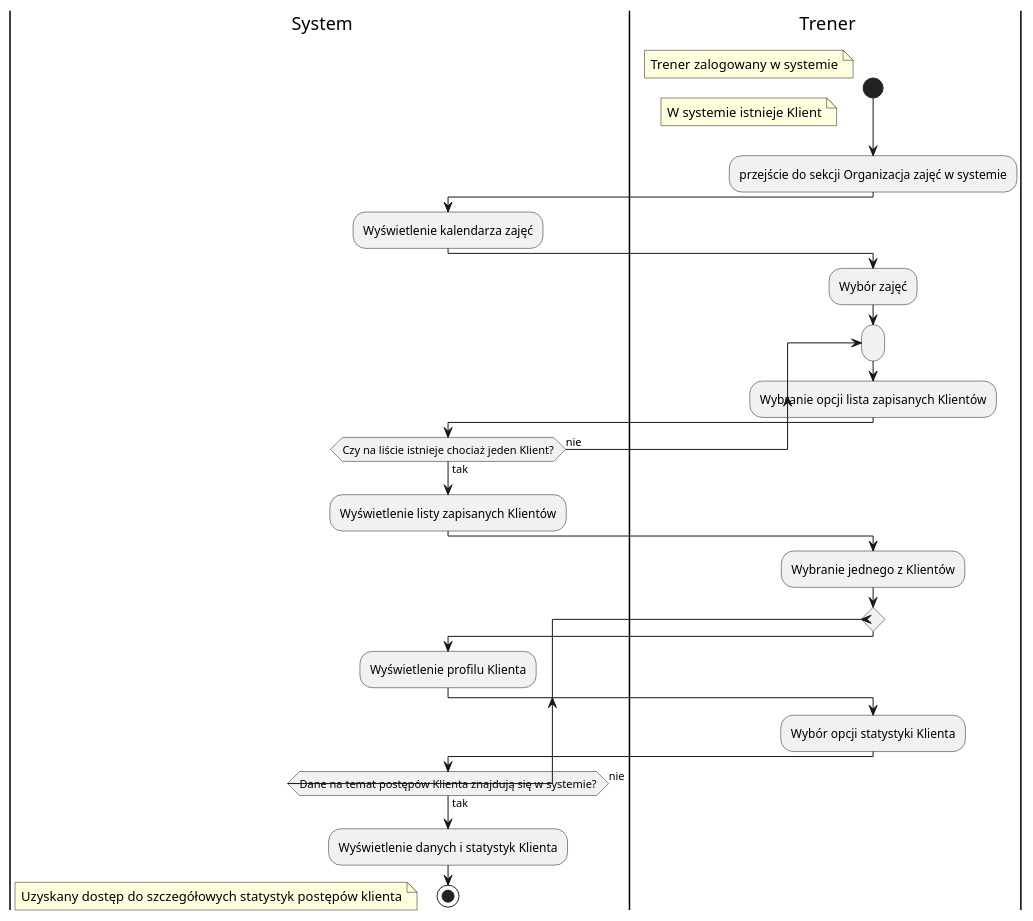
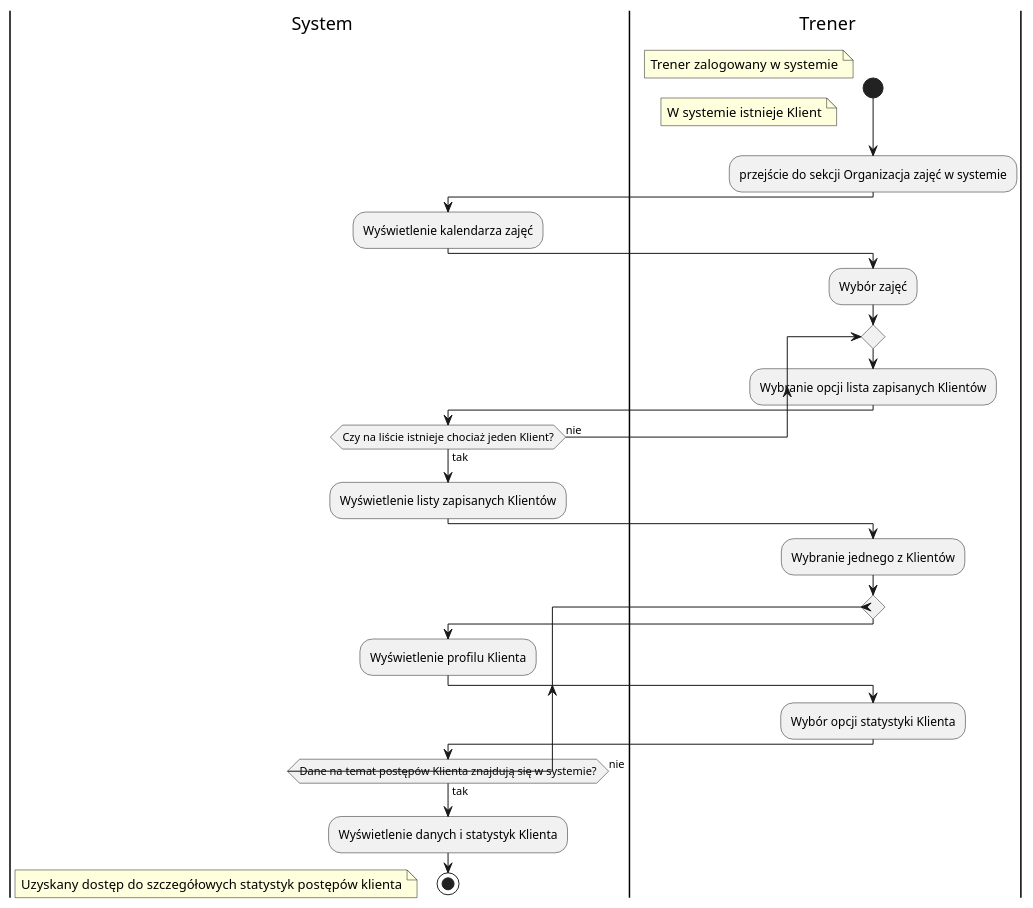
Before and after one commit to filip-stepien/software-engineering-lab: the diagram in src/activity_diagrams/Damian Karwat/analiza_postepow_klienta.puml, drawn with PlantUML. The commit also changed 1 other file, not shown here.

Commit message:
fixed one diagram

```diff
--- a/src/activity_diagrams/Damian Karwat/analiza_postepow_klienta.puml
+++ b/src/activity_diagrams/Damian Karwat/analiza_postepow_klienta.puml
@@ -1,31 +1,31 @@
 @startuml
 
 |s| System
 |t| Trener
 start
 floating note left: Trener zalogowany w systemie
 floating note left: W systemie istnieje Klient
 :przejście do sekcji Organizacja zajęć w systemie;
 |s|
 :Wyświetlenie kalendarza zajęć;
 |t|
 :Wybór zajęć;
-repeat:
+repeat
 :Wybranie opcji lista zapisanych Klientów;
 |s|
 repeat while (Czy na liście istnieje chociaż jeden Klient?) is (nie) not (tak)
 :Wyświetlenie listy zapisanych Klientów;
 |t|
 :Wybranie jednego z Klientów;
 repeat
 |s|
 :Wyświetlenie profilu Klienta;
 |t|
 :Wybór opcji statystyki Klienta;
 |s|
 repeat while (Dane na temat postępów Klienta znajdują się w systemie?) is (nie) not (tak)
 :Wyświetlenie danych i statystyk Klienta;
 stop
 floating note left: Uzyskany dostęp do szczegółowych statystyk postępów klienta
 
 @enduml
```
